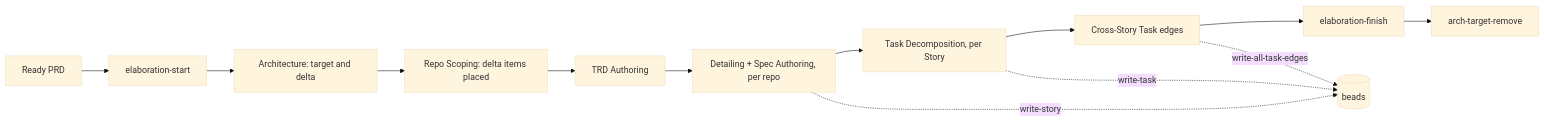
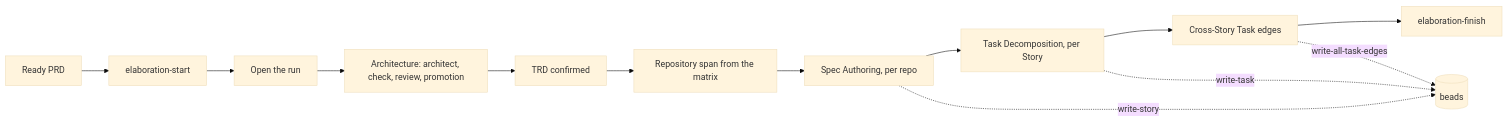
One commit to mark-satterfield/toolset changed the second of 4 diagrams in plugins/agent-teams-workforce/AGENT-TEAMS-WORKFORCE.md. Above: the diagram before and after it, drawn with Mermaid (base theme). The commit also changed other lines of this file and 130 other files, not shown here.

First line of the commit message:
feat(elaboration): solutions-architect architecture flow on the step journal

````diff
--- a/plugins/agent-teams-workforce/AGENT-TEAMS-WORKFORCE.md
+++ b/plugins/agent-teams-workforce/AGENT-TEAMS-WORKFORCE.md
@@ -50,15 +50,15 @@
 ```mermaid
 graph LR
   P[Ready PRD] --> L[elaboration-start]
-  L --> A[Architecture: target and delta]
-  A --> RS[Repo Scoping: delta items placed]
-  RS --> R[TRD Authoring]
-  R --> S[Detailing + Spec Authoring, per repo]
+  L --> O[Open the run]
+  O --> A[Architecture: architect, check, review, promotion]
+  A --> R[TRD confirmed]
+  R --> RS[Repository span from the matrix]
+  RS --> S[Spec Authoring, per repo]
   S --> T[Task Decomposition, per Story]
   T --> X[Cross-Story Task edges]
   X --> E[elaboration-finish]
-  E --> TR[arch-target-remove]
   S -. write-story .-> B[(beads)]
   T -. write-task .-> B
   X -. write-all-task-edges .-> B
 ```
````
